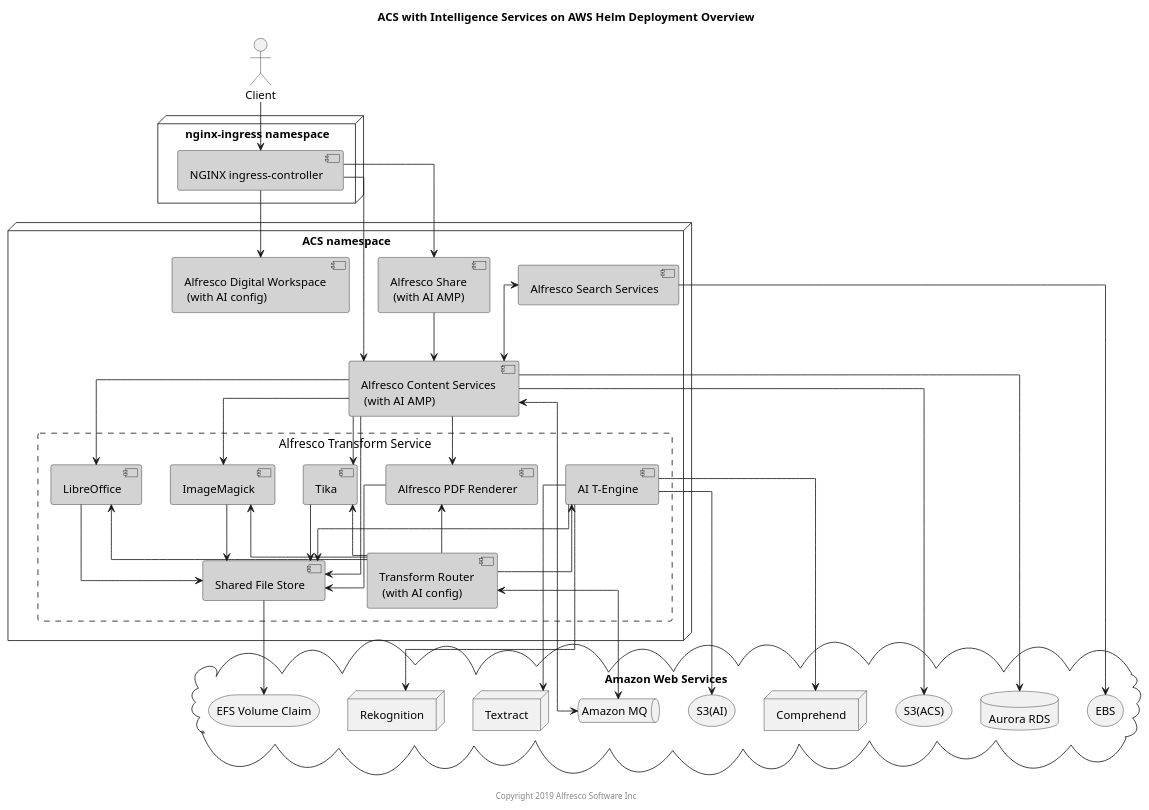
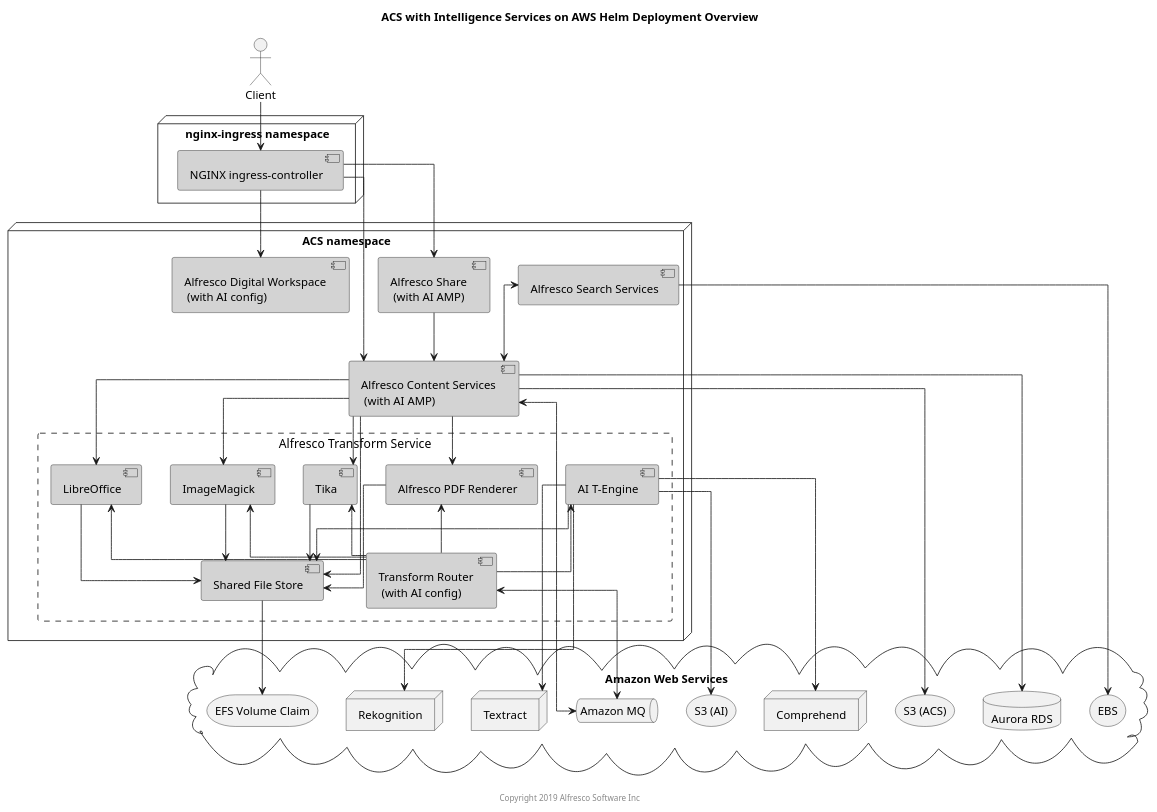
The diagram in docs/diagrams/helm-chart/helm-components-aws-ai.puml (Alfresco/acs-deployment), drawn with PlantUML before and after one commit. The commit also changed 1 other file, not shown here.

```diff
--- a/docs/diagrams/helm-chart/helm-components-aws-ai.puml
+++ b/docs/diagrams/helm-chart/helm-components-aws-ai.puml
@@ -1,84 +1,84 @@
 @startuml
 
 Title: ACS with Intelligence Services on AWS Helm Deployment Overview
 
 skinparam componentStyle uml2
 skinparam linetype ortho
 skinparam rectangle {
     BorderStyle dashed
     FontSize 15
     FontStyle none
 }
 
 actor Client
 
 node "nginx-ingress namespace" {
     component "NGINX ingress-controller" as nginx #lightgrey
 }
 
 node "ACS namespace" {
     component "Alfresco Digital Workspace \n (with AI config)" as adw #lightgrey
     component "Alfresco Content Services \n (with AI AMP)" as acs #lightgrey
     component "Alfresco Search Services" as ass #lightgrey
     component "Alfresco Share \n (with AI AMP)" as share #lightgrey
     rectangle "Alfresco Transform Service" {
         component "Transform Router \n (with AI config)" as tr #lightgrey
         component "Shared File Store" as sfs #lightgrey
         component "Alfresco PDF Renderer" as pdfr #lightgrey
         component "LibreOffice" as libr #lightgrey
         component "ImageMagick" as img #lightgrey
         component "Tika" as tika #lightgrey
         component "AI T-Engine" as aiEngine #lightgrey
     }
 }
 
 cloud "Amazon Web Services" {
-    storage "S3(ACS)" as s3acs
-    storage "S3(AI)" as s3ai
+    storage "S3 (ACS)" as s3acs
+    storage "S3 (AI)" as s3ai
     database "Aurora RDS" as db
     storage "EBS" as ebs
     storage "EFS Volume Claim" as vc
     queue "Amazon MQ" as mq
     node "Comprehend" as comp
     node "Rekognition" as rek
     node "Textract" as tex
 }
 
 Client --> nginx
 
 nginx --> acs
 nginx --> share
 nginx --> adw
 
 ass --> ebs
 sfs --> vc
 acs --> s3acs
 
 ass <--> acs
 acs --> db
 acs --> pdfr
 acs --> libr
 acs --> img
 acs --> tika
 acs --> sfs
 acs <--> mq
 tr -up-> pdfr
 tr -up-> libr
 tr -up-> img
 tr -up-> tika
 tr -up-> aiEngine
 tr <--> mq
 pdfr --> sfs
 libr --> sfs
 img --> sfs
 tika --> sfs
 share --> acs
 aiEngine --> sfs
 aiEngine --> s3ai
 aiEngine --> comp
 aiEngine --> rek
 aiEngine --> tex
 
 center footer Copyright 2019 Alfresco Software Inc
 
 @enduml
```
